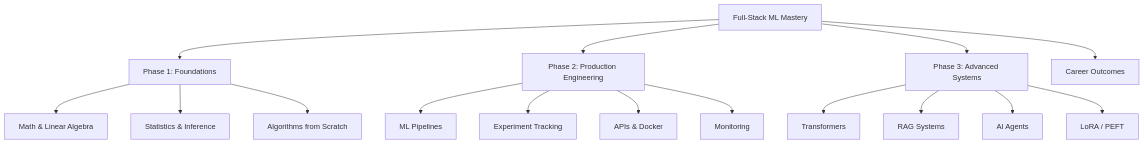
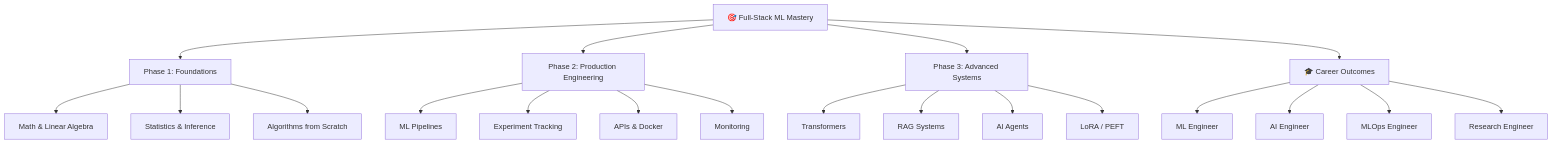
One commit to beingAnujChaudhary/ml-fullstack-mastery changed the diagram in README.md. Above: the diagram before and after it, drawn with Mermaid.

````diff
--- a/README.md
+++ b/README.md
@@ -52,21 +52,28 @@
 ```mermaid
-flowchart TD
-    A[Full-Stack ML Mastery] --> B[Phase 1: Foundations]
+flowchart TB
+    A[🎯 Full-Stack ML Mastery]
+
+    A --> B[Phase 1: Foundations]
     A --> C[Phase 2: Production Engineering]
     A --> D[Phase 3: Advanced Systems]
-    A --> E[Career Outcomes]
-    
+    A --> E[🎓 Career Outcomes]
+
     B --> B1[Math & Linear Algebra]
     B --> B2[Statistics & Inference]
     B --> B3[Algorithms from Scratch]
-    
+
     C --> C1[ML Pipelines]
     C --> C2[Experiment Tracking]
     C --> C3[APIs & Docker]
     C --> C4[Monitoring]
-    
+
     D --> D1[Transformers]
     D --> D2[RAG Systems]
     D --> D3[AI Agents]
     D --> D4[LoRA / PEFT]
+
+    E --> E1[ML Engineer]
+    E --> E2[AI Engineer]
+    E --> E3[MLOps Engineer]
+    E --> E4[Research Engineer]
 ```
````
